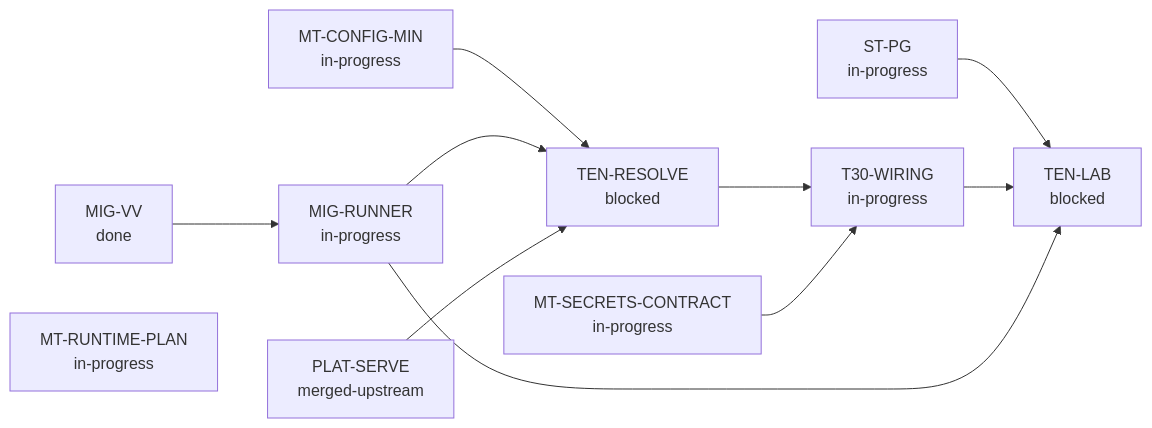
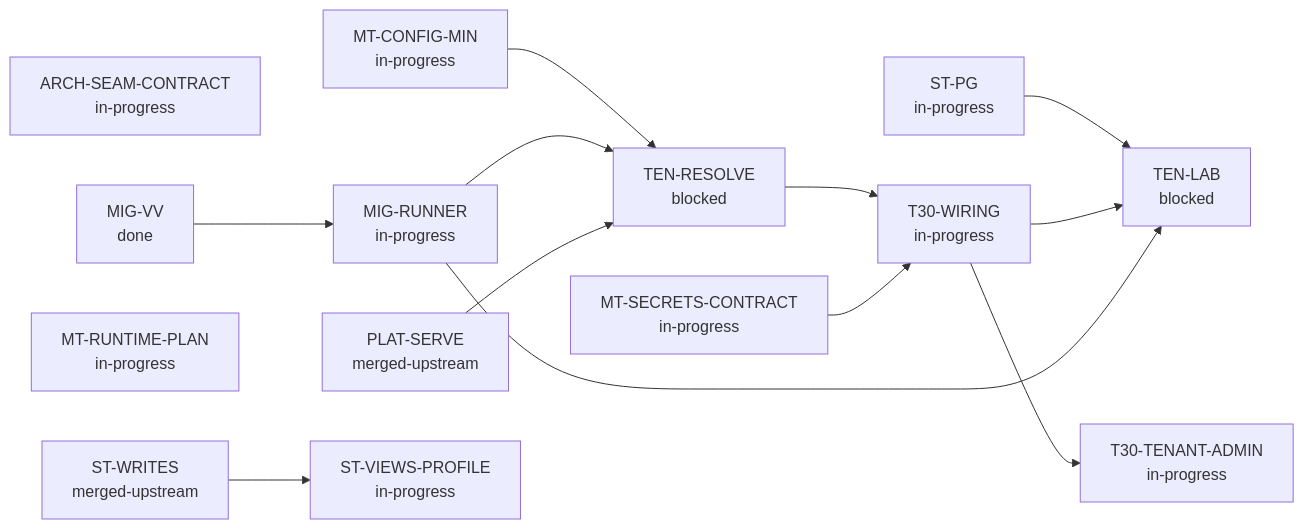
Before and after one commit to bewest/rag-nightscout-ecosystem-alignment: the second of 2 diagrams in docs/30-design/tenancy/multitenant-delivery-dashboard.md, drawn with Mermaid. The commit also changed other lines of this file and 20 other files, not shown here.

````diff
--- a/docs/30-design/tenancy/multitenant-delivery-dashboard.md
+++ b/docs/30-design/tenancy/multitenant-delivery-dashboard.md
@@ -63,22 +63,28 @@
 ```mermaid
 flowchart LR
+  ARCH-SEAM-CONTRACT["ARCH-SEAM-CONTRACT<br/>in-progress"]
   MIG-RUNNER["MIG-RUNNER<br/>in-progress"]
   MIG-VV["MIG-VV<br/>done"]
   MT-CONFIG-MIN["MT-CONFIG-MIN<br/>in-progress"]
   MT-RUNTIME-PLAN["MT-RUNTIME-PLAN<br/>in-progress"]
   MT-SECRETS-CONTRACT["MT-SECRETS-CONTRACT<br/>in-progress"]
   PLAT-SERVE["PLAT-SERVE<br/>merged-upstream"]
   ST-PG["ST-PG<br/>in-progress"]
+  ST-VIEWS-PROFILE["ST-VIEWS-PROFILE<br/>in-progress"]
+  ST-WRITES["ST-WRITES<br/>merged-upstream"]
+  T30-TENANT-ADMIN["T30-TENANT-ADMIN<br/>in-progress"]
   T30-WIRING["T30-WIRING<br/>in-progress"]
   TEN-LAB["TEN-LAB<br/>blocked"]
   TEN-RESOLVE["TEN-RESOLVE<br/>blocked"]
   MIG-VV --> MIG-RUNNER
+  ST-WRITES --> ST-VIEWS-PROFILE
+  T30-WIRING --> T30-TENANT-ADMIN
   TEN-RESOLVE --> T30-WIRING
   MT-SECRETS-CONTRACT --> T30-WIRING
   ST-PG --> TEN-LAB
   T30-WIRING --> TEN-LAB
   MIG-RUNNER --> TEN-LAB
   MT-CONFIG-MIN --> TEN-RESOLVE
   MIG-RUNNER --> TEN-RESOLVE
   PLAT-SERVE --> TEN-RESOLVE
 ```
````
